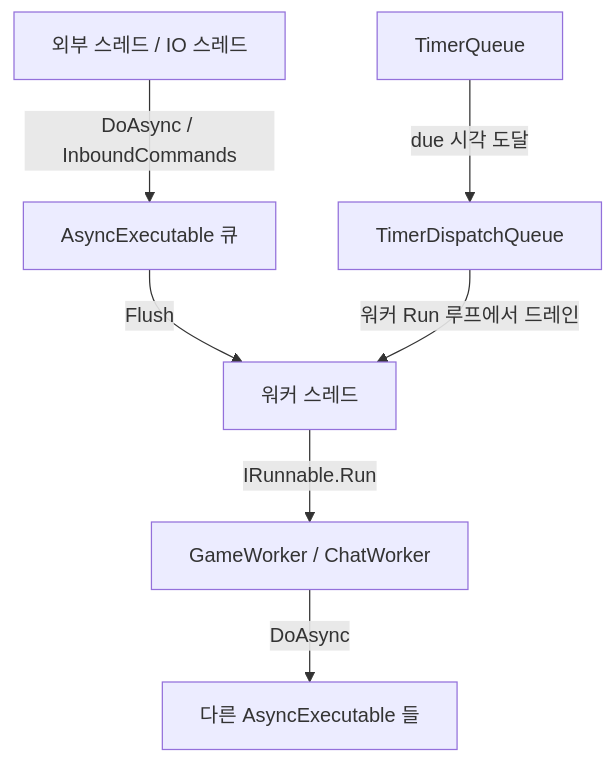
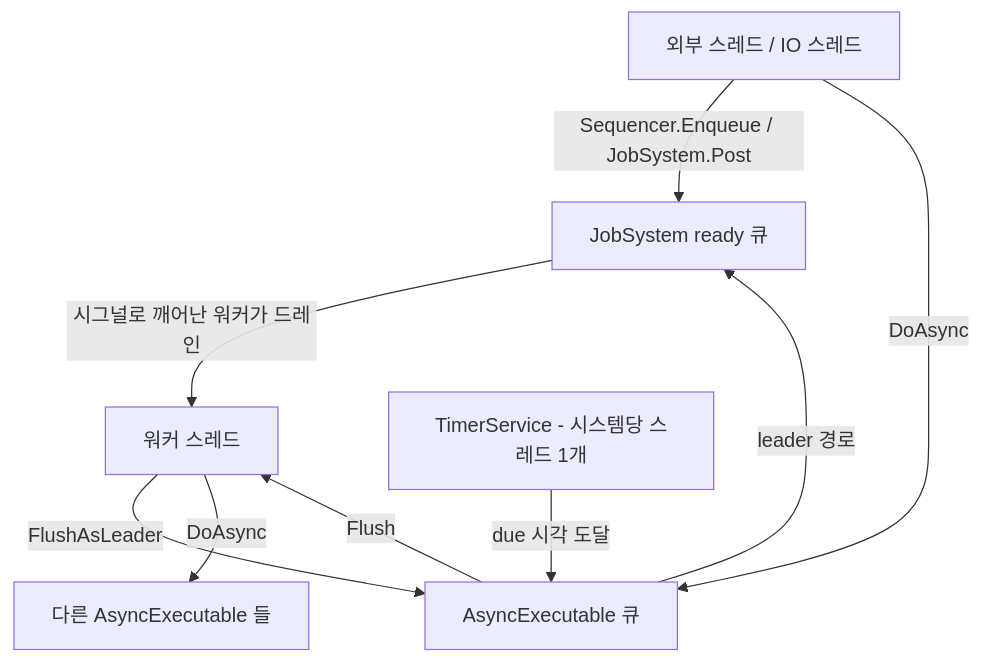
One commit to jacking75/JobDispatcherNET changed the diagram in Book/README.md. Above: the diagram before and after it, drawn with Mermaid. The commit also changed other lines of this file and 131 other files, not shown here.

````diff
--- a/Book/README.md
+++ b/Book/README.md
@@ -55,9 +55,11 @@
 ```mermaid
 graph TD
-    A[외부 스레드 / IO 스레드] -->|DoAsync / InboundCommands| B[AsyncExecutable 큐]
-    B -->|Flush| C[워커 스레드]
-    C -->|IRunnable.Run| D[GameWorker / ChatWorker]
-    D -->|DoAsync| E[다른 AsyncExecutable 들]
-    F[TimerQueue] -->|due 시각 도달| G[TimerDispatchQueue]
-    G -->|워커 Run 루프에서 드레인| C
+    A[외부 스레드 / IO 스레드] -->|Sequencer.Enqueue / JobSystem.Post| R[JobSystem ready 큐]
+    A -->|DoAsync| B[AsyncExecutable 큐]
+    R -->|시그널로 깨어난 워커가 드레인| C[워커 스레드]
+    C -->|FlushAsLeader| B
+    B -->|Flush| C
+    C -->|DoAsync| E[다른 AsyncExecutable 들]
+    T[TimerService - 시스템당 스레드 1개] -->|due 시각 도달| B
+    B -->|leader 경로| R
 ```
````
